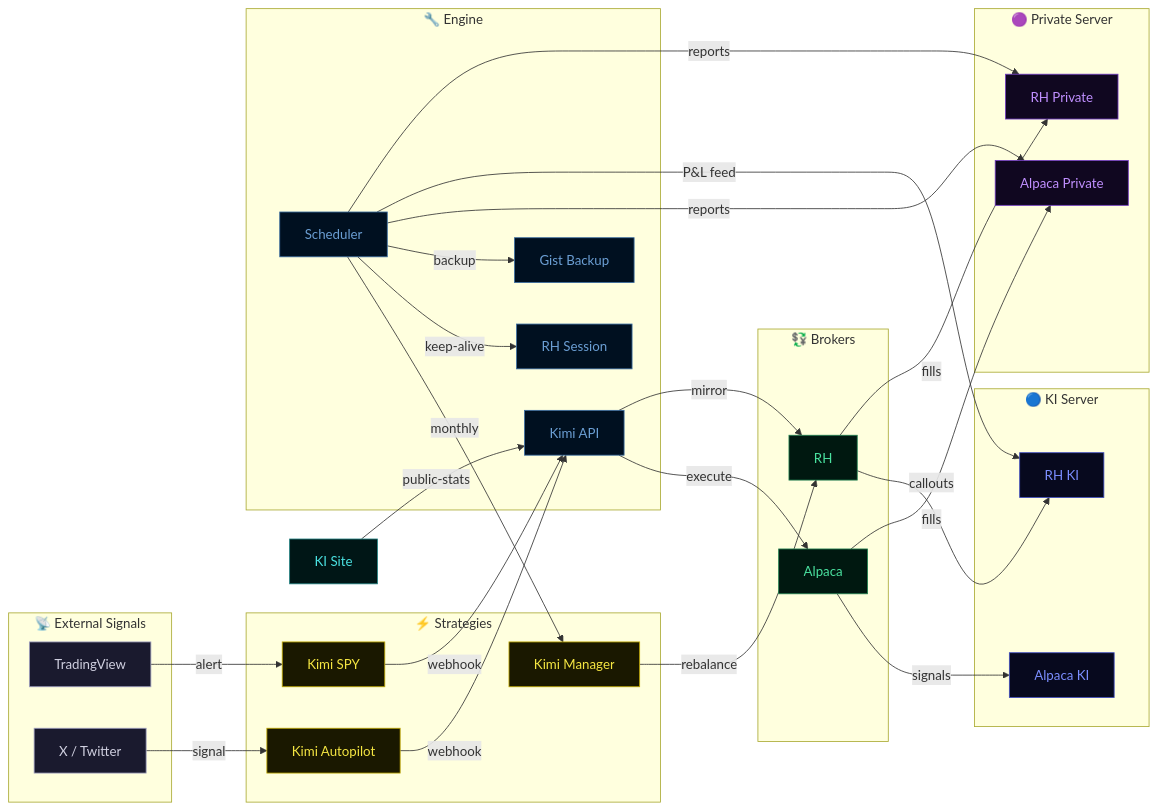
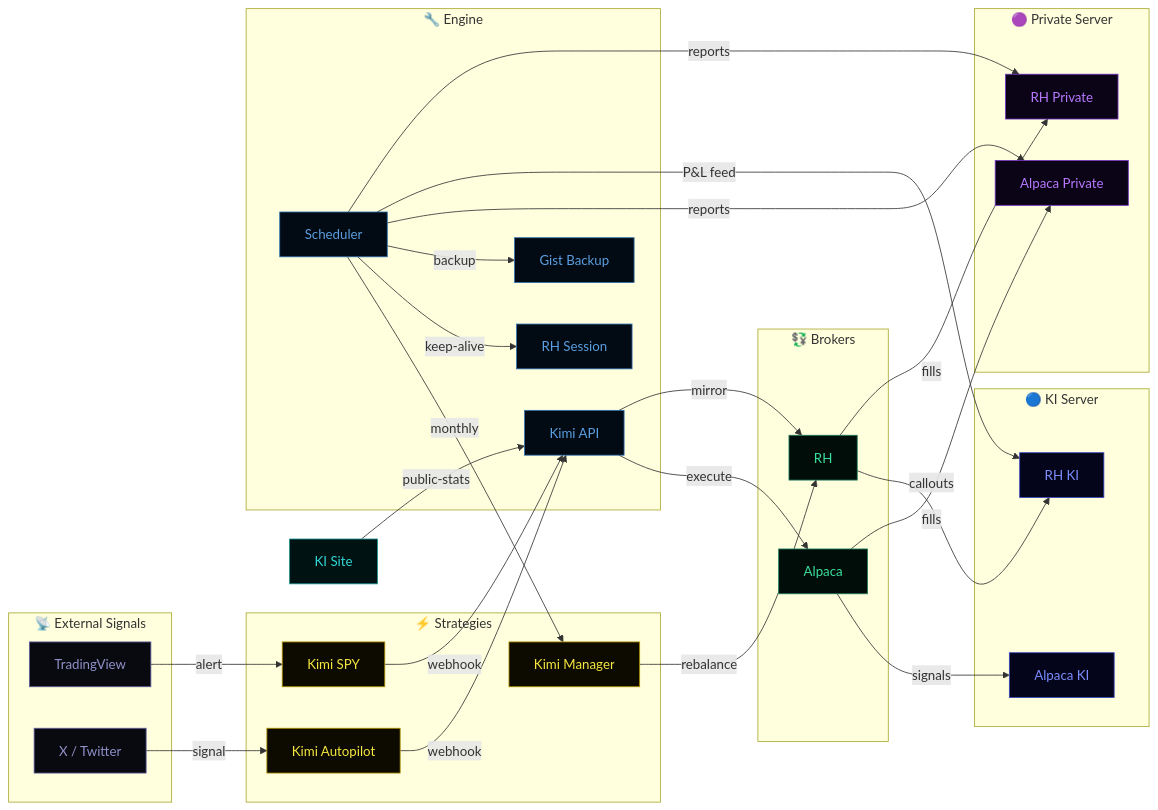
The diagram in README.md (Moses-log/Auto-Trade), drawn with Mermaid before and after one commit.

Commit message:
docs: sync Mermaid diagram colors with system-map.html redesign

````diff
--- a/README.md
+++ b/README.md
@@ -15,72 +15,72 @@
 ```mermaid
 flowchart LR
     subgraph EXT ["📡 External Signals"]
         TV[TradingView]
         TW[X / Twitter]
     end
 
     subgraph STR ["⚡ Strategies"]
         KS[Kimi SPY]
         KA[Kimi Autopilot]
         KM[Kimi Manager]
     end
 
     subgraph ENG ["🔧 Engine"]
         API[Kimi API]
         SCH[Scheduler]
         RHS[RH Session]
         GB[Gist Backup]
     end
 
     subgraph BRK ["💱 Brokers"]
         ALP[Alpaca]
         RH[RH]
     end
 
     subgraph KIS ["🔵 KI Server"]
         AKI[Alpaca KI]
         RKI[RH KI]
     end
 
     subgraph PRV ["🟣 Private Server"]
         APR[Alpaca Private]
         RPR[RH Private]
     end
 
     SITE[KI Site]
 
     TV -->|alert| KS
     TW -->|signal| KA
     KS -->|webhook| API
     KA -->|webhook| API
     API -->|execute| ALP
     API -->|mirror| RH
     SCH -->|monthly| KM
     KM -->|rebalance| RH
     SCH -->|keep-alive| RHS
     SCH -->|backup| GB
     ALP -->|signals| AKI
     ALP -->|fills| APR
     RH -->|callouts| RKI
     RH -->|fills| RPR
     SCH -->|reports| APR
     SCH -->|P&L feed| RKI
     SCH -->|reports| RPR
     SITE -->|public-stats| API
 
-    classDef signal   fill:#1A1A2E,stroke:#A0A0C0,color:#d0d0e0
-    classDef strategy fill:#1A1800,stroke:#C0A800,color:#F5E642
-    classDef engine   fill:#001020,stroke:#3A6DA0,color:#6B9FD4
-    classDef broker   fill:#001810,stroke:#208050,color:#4AE2A0
-    classDef ki       fill:#07091E,stroke:#404DC0,color:#7B8EFF
-    classDef private  fill:#100720,stroke:#703AC0,color:#C08FFF
-    classDef site     fill:#001616,stroke:#208080,color:#4AE2E2
+    classDef signal   fill:#090910,stroke:#6060A0,color:#9090C8
+    classDef strategy fill:#0D0B00,stroke:#B09000,color:#F5E642
+    classDef engine   fill:#020A14,stroke:#3070B0,color:#5B9FE0
+    classDef broker   fill:#010D08,stroke:#208060,color:#3AE0A0
+    classDef ki       fill:#04051A,stroke:#3848C0,color:#7B8EFF
+    classDef private  fill:#0A0416,stroke:#7030C0,color:#B878FF
+    classDef site     fill:#011212,stroke:#189090,color:#30D8D8
 
     class TV,TW signal
     class KS,KA,KM strategy
     class API,SCH,RHS,GB engine
     class ALP,RH broker
     class AKI,RKI ki
     class APR,RPR private
     class SITE site
 ```
````
